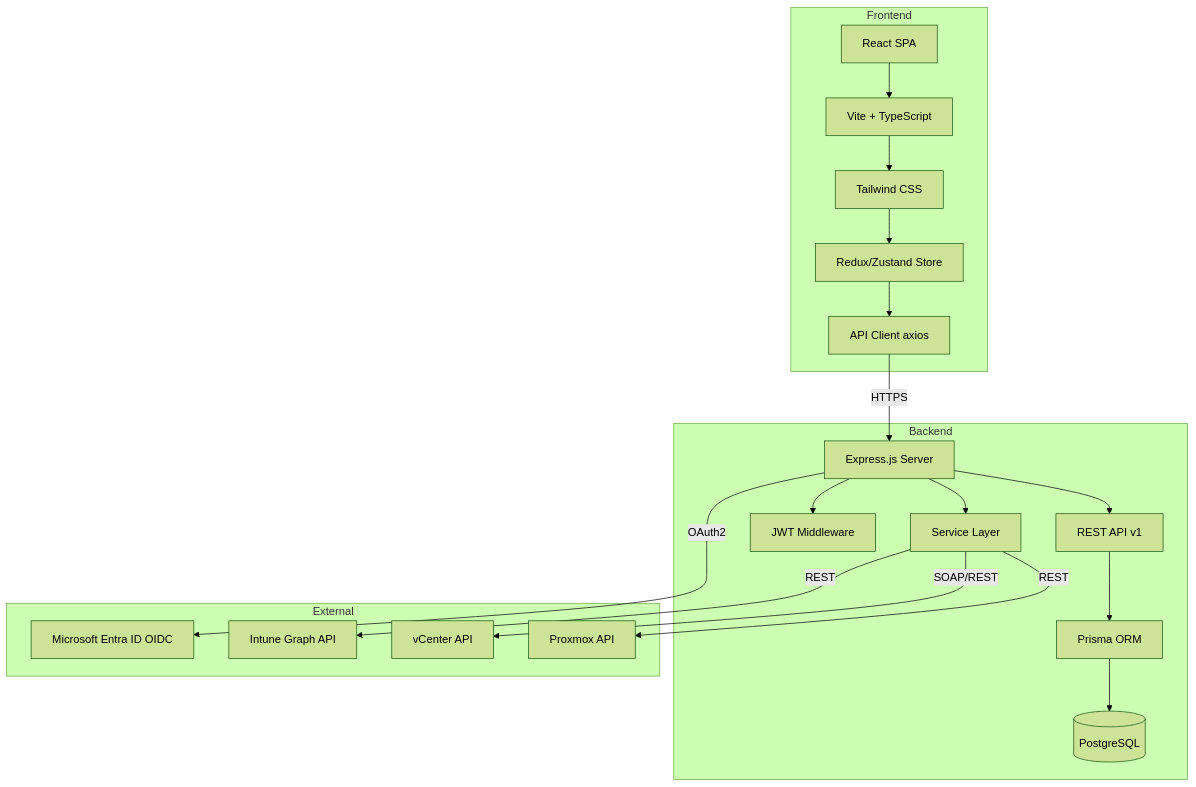
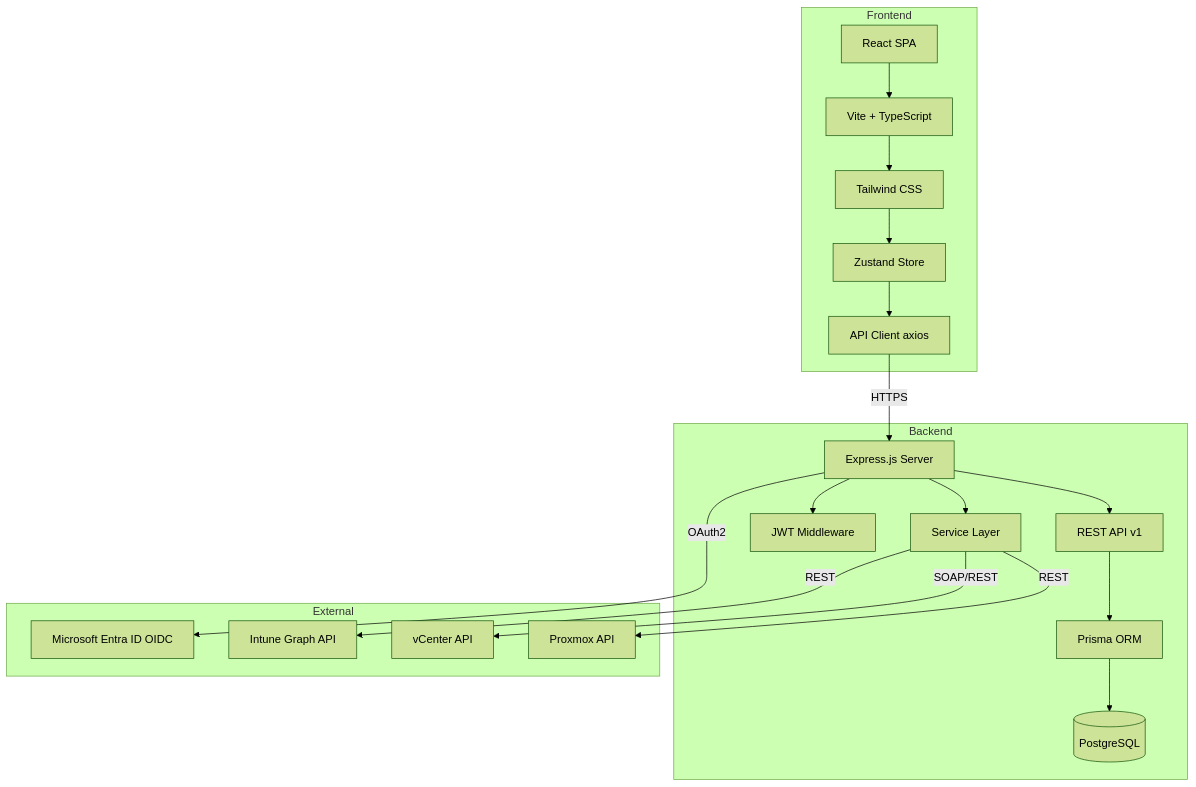
One commit to jangatzke/Asset-Management changed the first of 3 diagrams in docs/architecture.md. Above: the diagram before and after it, drawn with Mermaid (forest theme). The commit also changed other lines of this file and 134 other files, not shown here.

First line of the commit message:
feat(roadmap): p1-p3 improvement roadmap (api contract, ux, compliance, hygiene)

````diff
--- a/docs/architecture.md
+++ b/docs/architecture.md
@@ -28,30 +28,30 @@
 ```mermaid
 graph TB
     subgraph Frontend
         A[React SPA] --> B[Vite + TypeScript]
         B --> C[Tailwind CSS]
-        C --> D[Redux/Zustand Store]
+        C --> D[Zustand Store]
         D --> E[API Client axios]
     end
 
     subgraph Backend
         F[Express.js Server] --> G[REST API v1]
         G --> H[Prisma ORM]
         H --> I[(PostgreSQL)]
         F --> J[JWT Middleware]
         F --> K[Service Layer]
     end
 
     subgraph External
         L[Microsoft Entra ID OIDC]
         M[Intune Graph API]
         N[vCenter API]
         O[Proxmox API]
     end
 
     E -->|HTTPS| F
     F -->|OAuth2| L
     K -->|REST| M
     K -->|SOAP/REST| N
     K -->|REST| O
 ```
````
